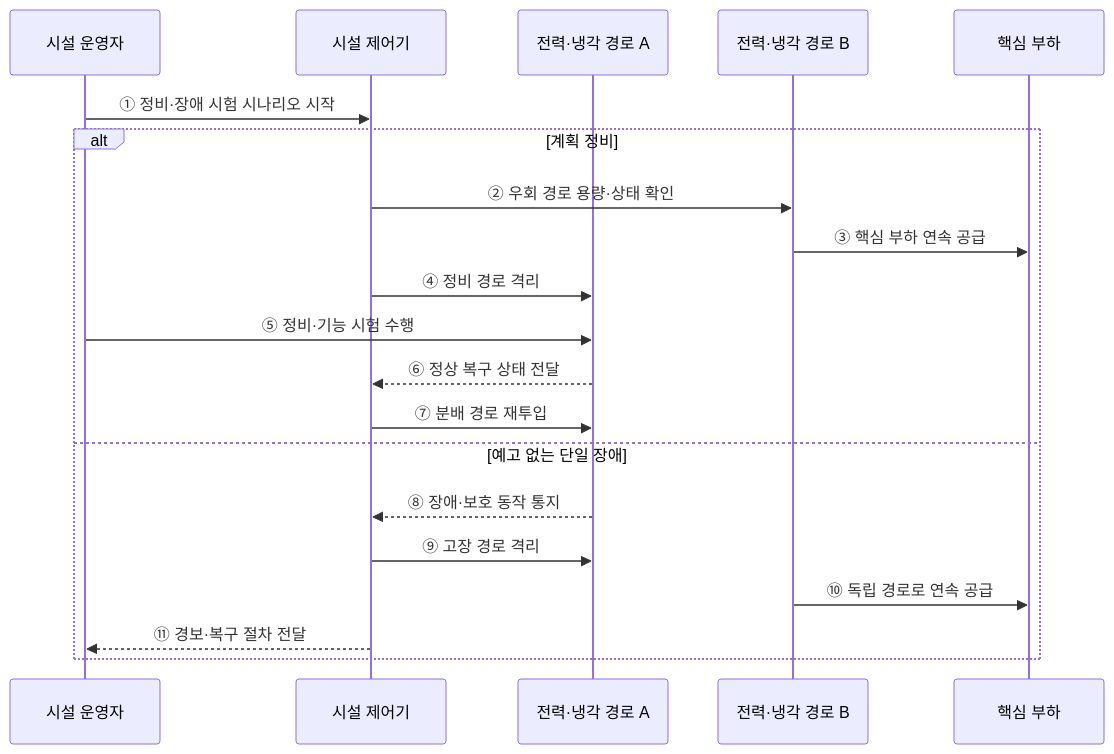
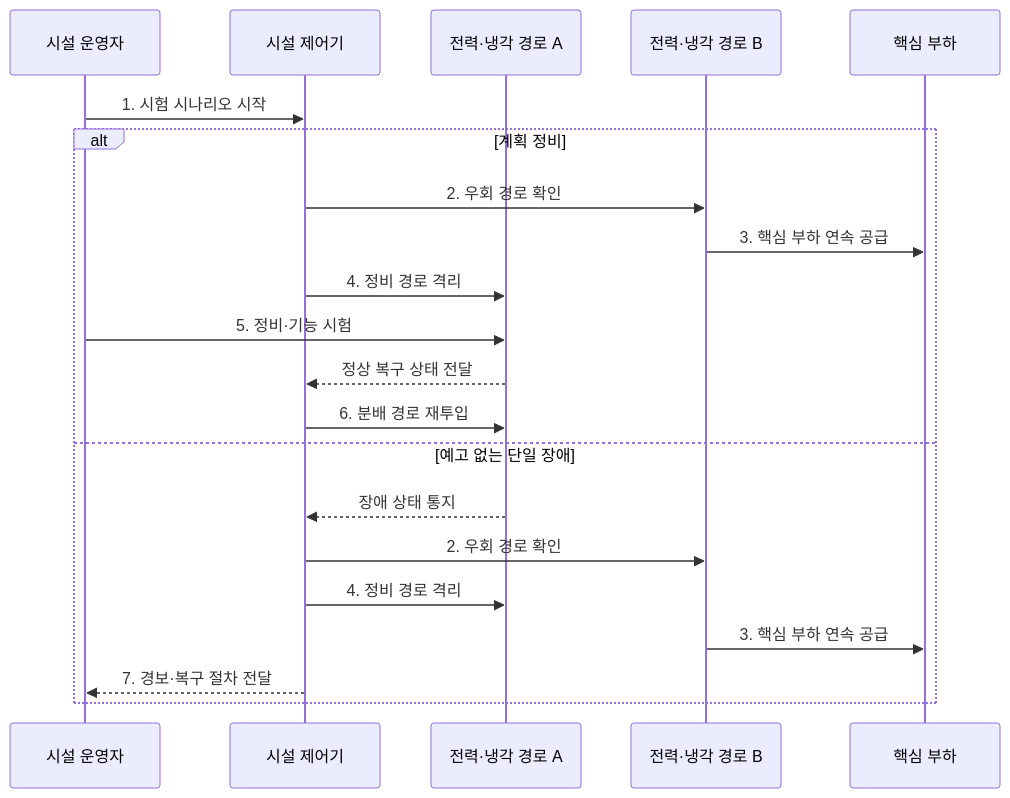
The second of 2 diagrams in src/content/docs/notes/02-hardware/056_data_center_tier.md (agnusdei1207/knowledge-base), drawn with Mermaid before and after one commit. The commit also changed other lines of this file and 20 other files, not shown here.

````diff
--- a/src/content/docs/notes/02-hardware/056_data_center_tier.md
+++ b/src/content/docs/notes/02-hardware/056_data_center_tier.md
@@ -78,23 +83,24 @@
 ```mermaid
 sequenceDiagram
     participant O as 시설 운영자
     participant C as 시설 제어기
     participant A as 전력·냉각 경로 A
     participant B as 전력·냉각 경로 B
     participant L as 핵심 부하
 
-    O->>C: ① 정비·장애 시험 시나리오 시작
+    O->>C: 1. 시험 시나리오 시작
     alt 계획 정비
-        C->>B: ② 우회 경로 용량·상태 확인
-        B->>L: ③ 핵심 부하 연속 공급
-        C->>A: ④ 정비 경로 격리
-        O->>A: ⑤ 정비·기능 시험 수행
-        A-->>C: ⑥ 정상 복구 상태 전달
-        C->>A: ⑦ 분배 경로 재투입
+        C->>B: 2. 우회 경로 확인
+        B->>L: 3. 핵심 부하 연속 공급
+        C->>A: 4. 정비 경로 격리
+        O->>A: 5. 정비·기능 시험
+        A-->>C: 정상 복구 상태 전달
+        C->>A: 6. 분배 경로 재투입
     else 예고 없는 단일 장애
-        A-->>C: ⑧ 장애·보호 동작 통지
-        C->>A: ⑨ 고장 경로 격리
-        B->>L: ⑩ 독립 경로로 연속 공급
-        C-->>O: ⑪ 경보·복구 절차 전달
+        A-->>C: 장애 상태 통지
+        C->>B: 2. 우회 경로 확인
+        C->>A: 4. 정비 경로 격리
+        B->>L: 3. 핵심 부하 연속 공급
+        C-->>O: 7. 경보·복구 절차 전달
     end
 ```
````
